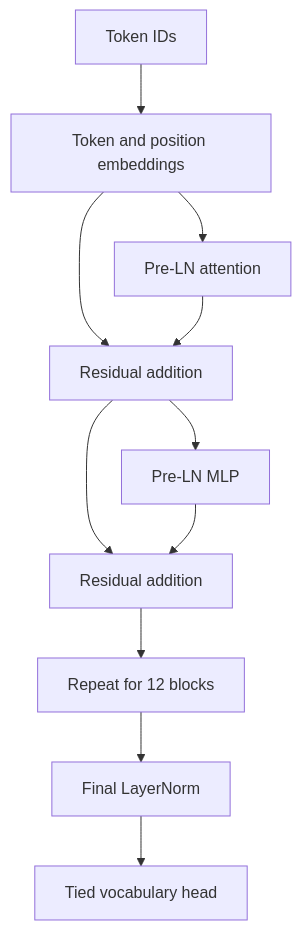
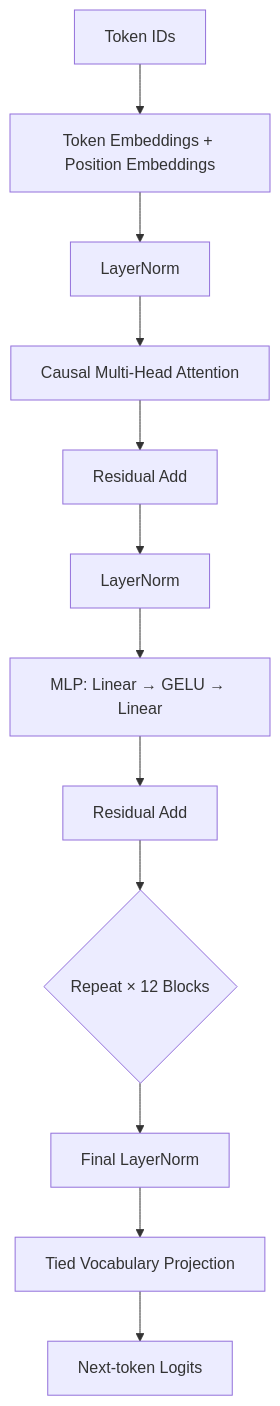
Before and after one commit to PRIYAN-A-1/LLM-130M-dataset: the second of 2 diagrams in README.md, drawn with Mermaid. The commit also changed other lines of this file, not shown here.

````diff
--- a/README.md
+++ b/README.md
@@ -20,13 +146,14 @@
 ```mermaid
 flowchart TD
-  A[Token IDs] --> B[Token and position embeddings]
-  B --> C[Pre-LN attention]
-  B --> D[Residual addition]
-  C --> D
-  D --> E[Pre-LN MLP]
-  D --> F[Residual addition]
-  E --> F
-  F --> G[Repeat for 12 blocks]
-  G --> H[Final LayerNorm]
-  H --> I[Tied vocabulary head]
+    A[Token IDs] --> B[Token Embeddings + Position Embeddings]
+    B --> C[LayerNorm]
+    C --> D[Causal Multi-Head Attention]
+    D --> E[Residual Add]
+    E --> F[LayerNorm]
+    F --> G[MLP: Linear → GELU → Linear]
+    G --> H[Residual Add]
+    H --> I{Repeat × 12 Blocks}
+    I --> J[Final LayerNorm]
+    J --> K[Tied Vocabulary Projection]
+    K --> L[Next-token Logits]
 ```
````
